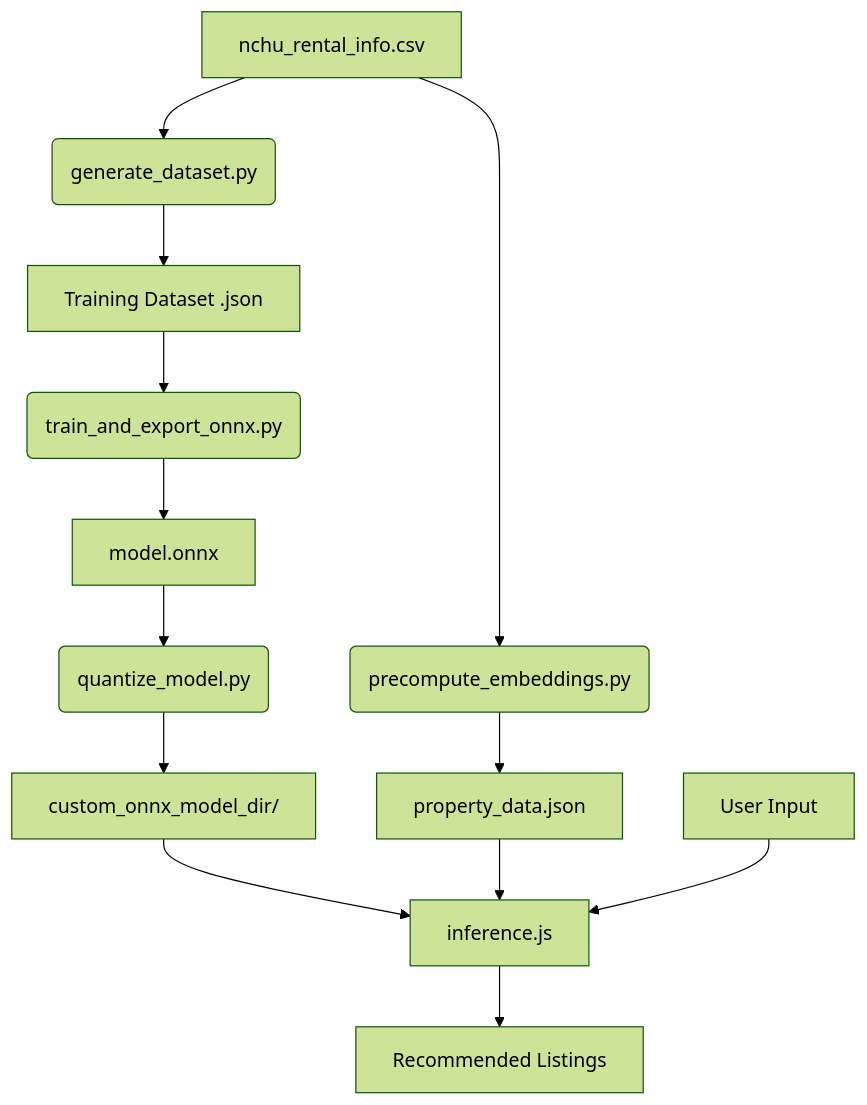
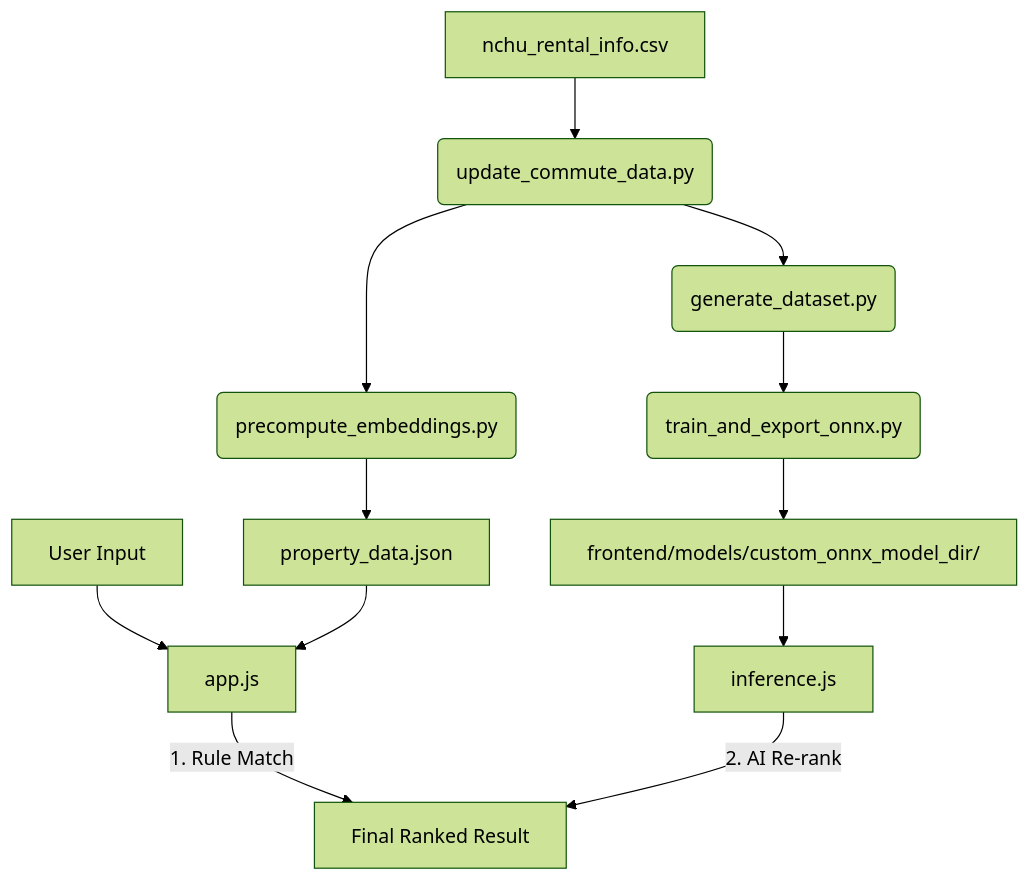
The diagram in README.md (eric20041027/nchu-edge-rental-ai), drawn with Mermaid (forest theme) before and after one commit. The commit also changed other lines of this file and 42 other files, not shown here.

Commit message:
Refactor project structure, upgrade to RBT3 model, and consolidate ONNX storage

````diff
--- a/README.md
+++ b/README.md
@@ -27,15 +26,14 @@
 ```mermaid
 graph TD
-    A[nchu_rental_info.csv] --> B(generate_dataset.py)
-    A --> C(precompute_embeddings.py)
-    B --> D[Training Dataset .json]
-    D --> E(train_and_export_onnx.py)
-    E --> F[model.onnx]
-    F --> G(quantize_model.py)
-    G --> H[custom_onnx_model_dir/]
-    C --> I[property_data.json]
-    H --> J[inference.js]
-    I --> J
-    K[User Input] --> J
-    J --> L[Recommended Listings]
+    A[nchu_rental_info.csv] --> B(update_commute_data.py)
+    B --> C(generate_dataset.py)
+    B --> D(precompute_embeddings.py)
+    C --> E(train_and_export_onnx.py)
+    E --> F[frontend/models/custom_onnx_model_dir/]
+    D --> G[property_data.json]
+    H[User Input] --> I[app.js]
+    F --> J[inference.js]
+    G --> I
+    I -- 1. Rule Match --> K[Instant UI Result]
+    J -- 2. AI Re-rank --> K[Final Ranked Result]
 ```
````
